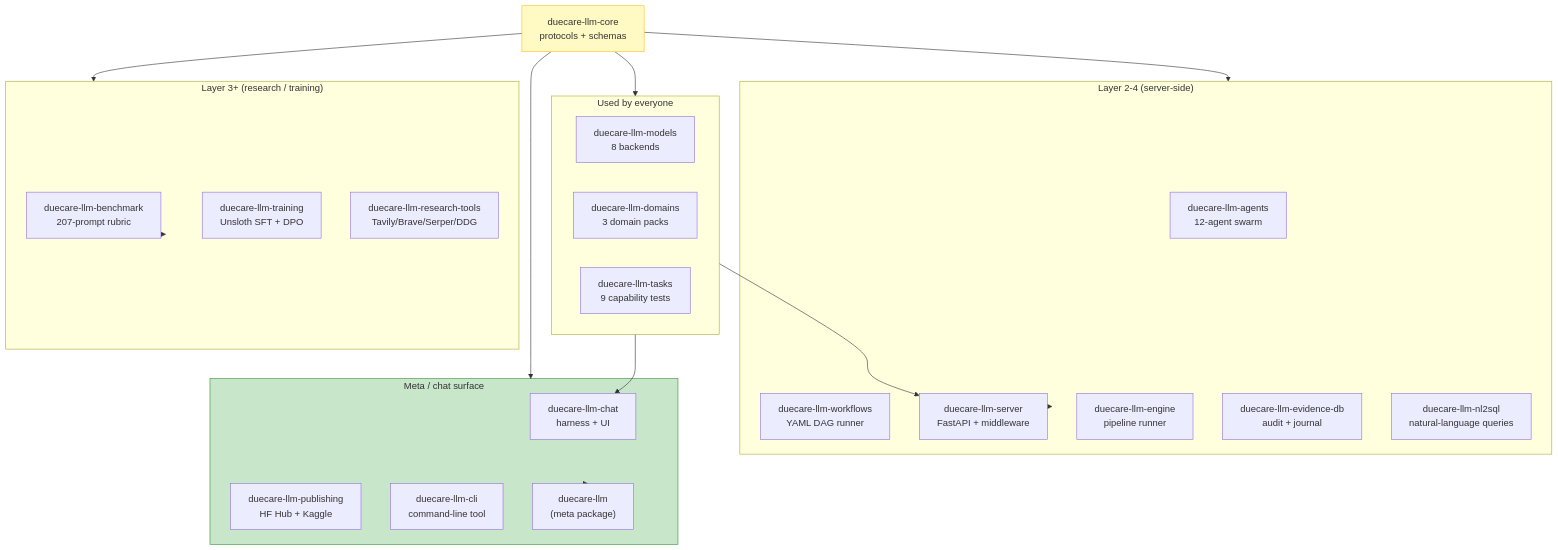
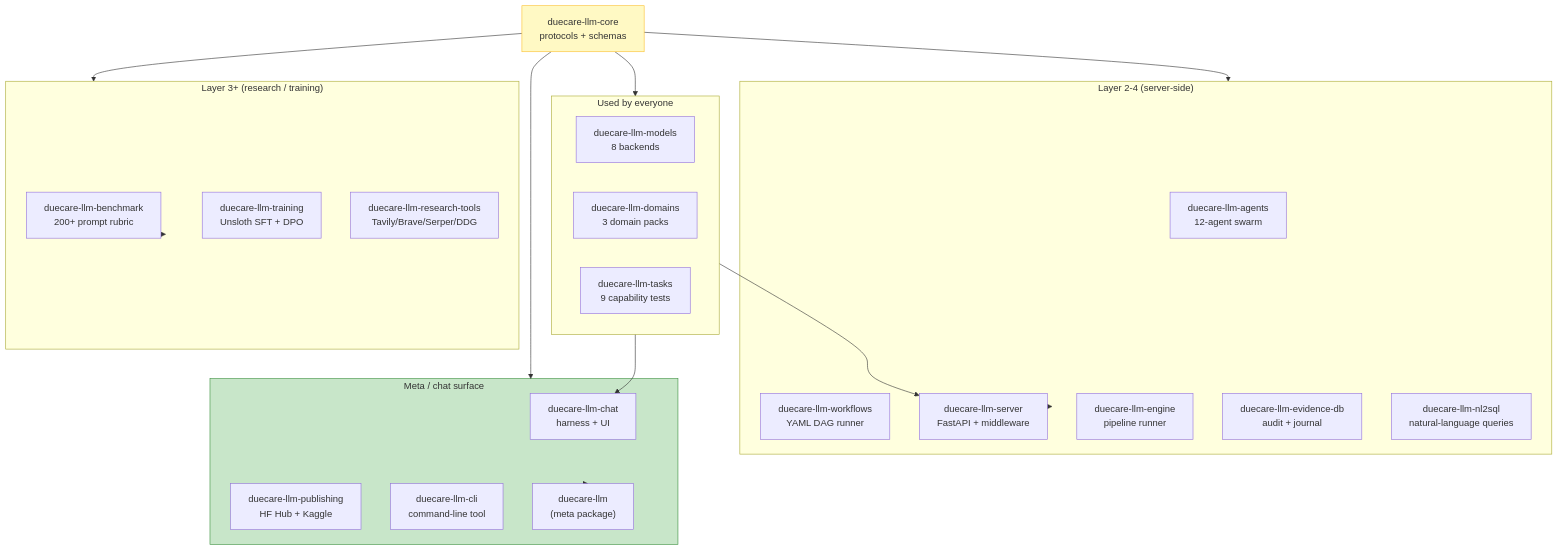
The fourth of 4 diagrams in docs/ecosystem_overview.md (TaylorAmarelTech/gemma4_comp), drawn with Mermaid before and after one commit. The commit also changed 40 other files, not shown here.

````diff
--- a/docs/ecosystem_overview.md
+++ b/docs/ecosystem_overview.md
@@ -136,45 +136,45 @@
 ```mermaid
 graph TB
     CORE["duecare-llm-core<br/>protocols + schemas"]
 
     subgraph L1P["Used by everyone"]
         MODELS["duecare-llm-models<br/>8 backends"]
         DOMAINS["duecare-llm-domains<br/>3 domain packs"]
         TASKS["duecare-llm-tasks<br/>9 capability tests"]
     end
 
     subgraph L2P["Layer 2-4 (server-side)"]
         AGENTS["duecare-llm-agents<br/>12-agent swarm"]
         WORKFLOWS["duecare-llm-workflows<br/>YAML DAG runner"]
         SERVER["duecare-llm-server<br/>FastAPI + middleware"]
         ENGINE["duecare-llm-engine<br/>pipeline runner"]
         EVIDB["duecare-llm-evidence-db<br/>audit + journal"]
         NL2SQL["duecare-llm-nl2sql<br/>natural-language queries"]
     end
 
     subgraph L3P["Layer 3+ (research / training)"]
-        BENCHMARK["duecare-llm-benchmark<br/>207-prompt rubric"]
+        BENCHMARK["duecare-llm-benchmark<br/>200+ prompt rubric"]
         TRAINING["duecare-llm-training<br/>Unsloth SFT + DPO"]
         RESEARCH_TOOLS["duecare-llm-research-tools<br/>Tavily/Brave/Serper/DDG"]
     end
 
     subgraph META["Meta / chat surface"]
         CHAT["duecare-llm-chat<br/>harness + UI"]
         PUB["duecare-llm-publishing<br/>HF Hub + Kaggle"]
         CLI["duecare-llm-cli<br/>command-line tool"]
         ALL["duecare-llm<br/>(meta package)"]
     end
 
     CORE --> L1P
     CORE --> L2P
     CORE --> L3P
     CORE --> META
     L1P --> CHAT
     L1P --> SERVER
     L2P --> SERVER
     L3P --> BENCHMARK
     META --> ALL
 
     style CORE fill:#fff9c4,stroke:#fbc02d
     style META fill:#c8e6c9,stroke:#388e3c
 ```
````
